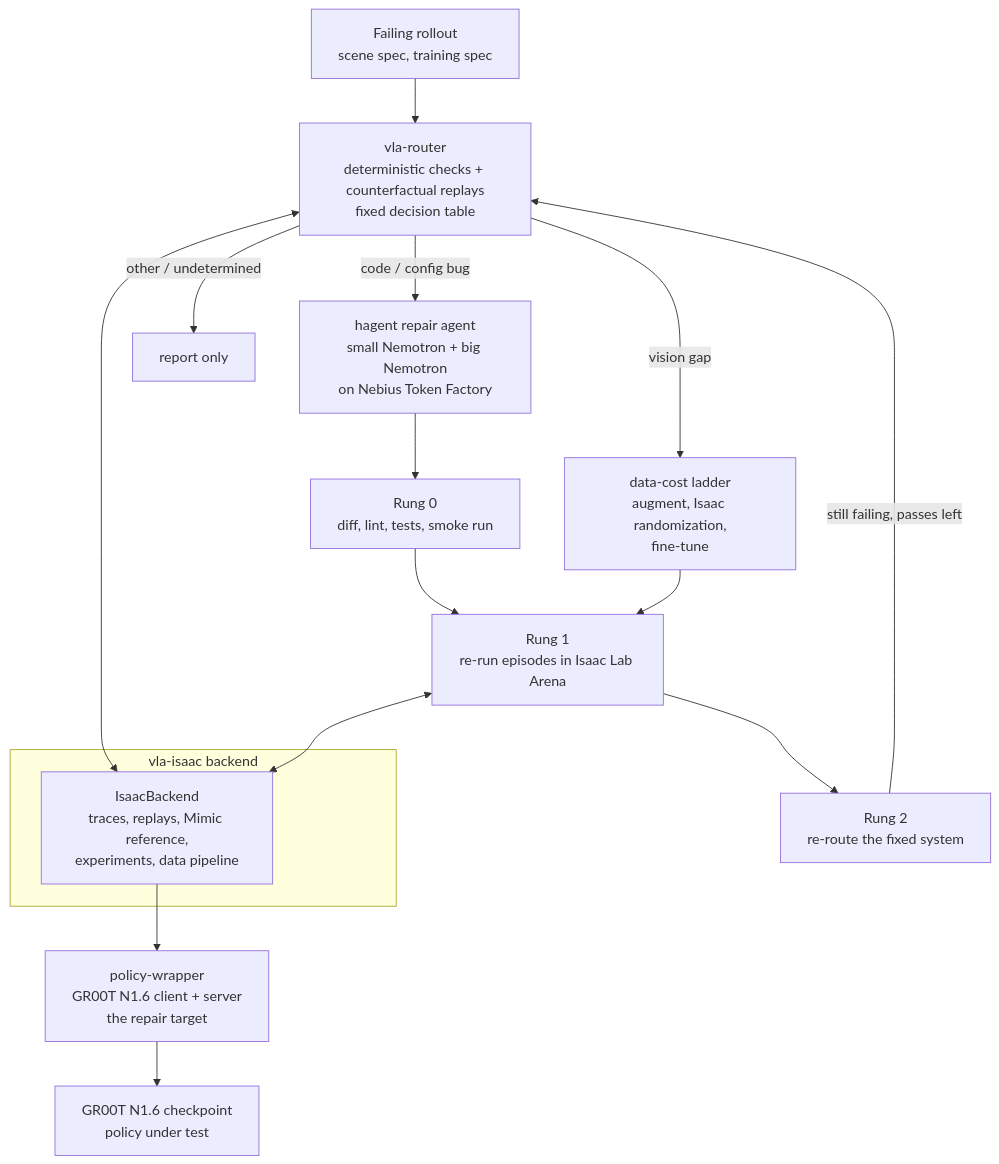
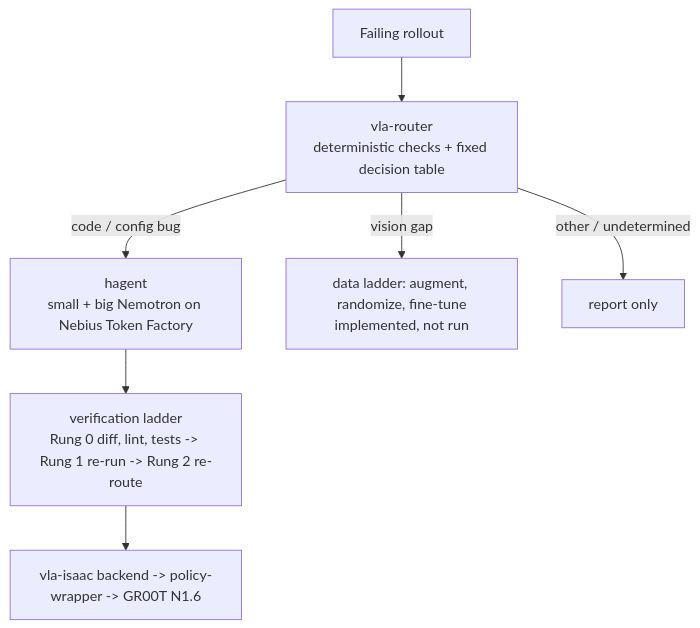
The diagram in README.md (ani26052007/Penguin_Triage), drawn with Mermaid before and after one commit. The commit also changed other lines of this file and 226 other files, not shown here.

````diff
--- a/README.md
+++ b/README.md
@@ -35,19 +44,9 @@
 ```mermaid
 flowchart TD
-    A[Failing rollout<br/>scene spec, training spec] --> R[vla-router<br/>deterministic checks + counterfactual replays<br/>fixed decision table]
-    R -->|code / config bug| H[hagent repair agent<br/>small Nemotron + big Nemotron<br/>on Nebius Token Factory]
-    R -->|vision gap| D[data-cost ladder<br/>augment, Isaac randomization,<br/>fine-tune]
+    A[Failing rollout] --> R[vla-router<br/>deterministic checks + fixed decision table]
+    R -->|code / config bug| H[hagent<br/>small + big Nemotron on Nebius Token Factory]
+    R -->|vision gap| D[data ladder: augment, randomize, fine-tune<br/>implemented, not run]
     R -->|other / undetermined| X[report only]
-    H --> L0[Rung 0<br/>diff, lint, tests, smoke run]
-    L0 --> L1[Rung 1<br/>re-run episodes in Isaac Lab Arena]
-    L1 --> L2[Rung 2<br/>re-route the fixed system]
-    L2 -->|still failing, passes left| R
-    D --> L1
-    subgraph sim [vla-isaac backend]
-      B[IsaacBackend<br/>traces, replays, Mimic reference,<br/>experiments, data pipeline]
-    end
-    R <--> B
-    L1 <--> B
-    B --> P[policy-wrapper<br/>GR00T N1.6 client + server<br/>the repair target]
-    P --> G[GR00T N1.6 checkpoint<br/>policy under test]
+    H --> V[verification ladder<br/>Rung 0 diff, lint, tests -> Rung 1 re-run -> Rung 2 re-route]
+    V --> B[vla-isaac backend -> policy-wrapper -> GR00T N1.6]
 ```
````
